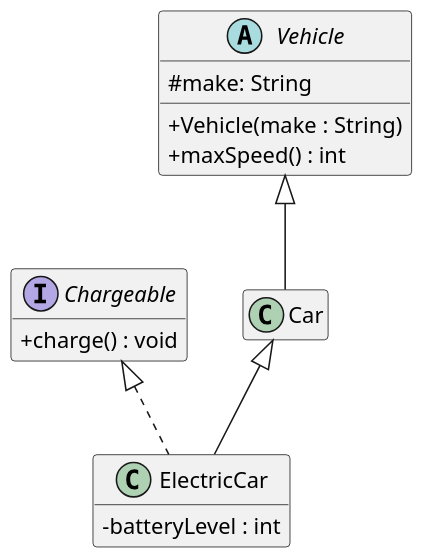
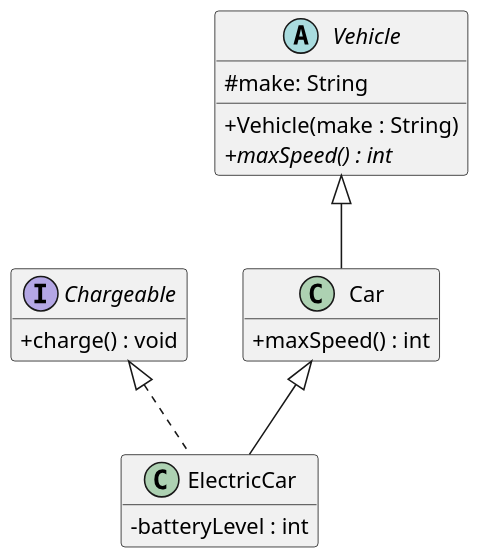
Before and after one commit to leiz123321/207-course-notes: the diagram in plantuml/exercises/vehicles-uml-starter.puml, drawn with PlantUML.

Commit message:
UML exercise change

```diff
--- a/plantuml/exercises/vehicles-uml-starter.puml
+++ b/plantuml/exercises/vehicles-uml-starter.puml
@@ -1,42 +1,43 @@
 @startuml
 skinparam dpi 150
 skinparam classAttributeIconSize 0
 hide empty members
 
 ' Your task (Chapter 3, Question 2): draw the UML class diagram for the
 ' Vehicle / Car / ElectricCar / Chargeable code.
 '
 ' Define each type as a box, then connect them with the right arrows. One box
 ' (Chargeable) is filled in as an example — complete the other three and add the
 ' relationships.
 '
 ' PlantUML cheat-sheet:
 '   interface Name { + method() : Type }
 '   abstract class Name { # field : Type }
 '   class Name { - field : Type }
 '   Parent    <|-- Child    ' generalization: Child extends Parent
 '   Interface <|.. Class    ' realization:    Class implements Interface
 ' (Putting the parent/interface on the LEFT of the arrow keeps it on top.)
 
 interface Chargeable {
   + charge() : void
 }
 
 abstract class Vehicle {
   # make: String
   + Vehicle(make : String)
-  + maxSpeed() : int
+  + maxSpeed() : int{abstract}
 }
 
 class Car {
++ maxSpeed() : int
 }
 
 class ElectricCar {
   - batteryLevel : int
 }
 
 Chargeable <|.. ElectricCar
 Car <|-- ElectricCar
 Vehicle <|-- Car
 
 @enduml
```
